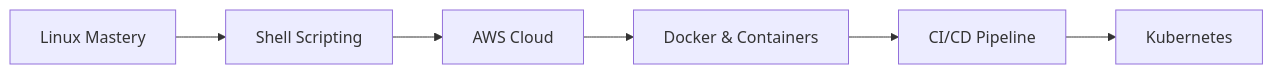
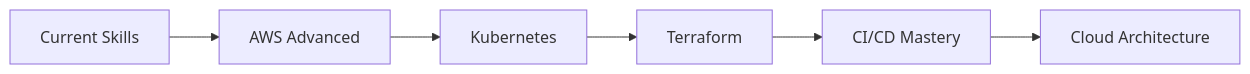
Before and after one commit to Rohitt-Rajj/Rohitt-Rajj: the second of 2 diagrams in README.md, drawn with Mermaid. The commit also changed other lines of this file, not shown here.

````diff
--- a/README.md
+++ b/README.md
@@ -159,8 +326,8 @@
 ```mermaid
 graph LR
-    A[Linux Mastery] --> B[Shell Scripting]
-    B --> C[AWS Cloud]
-    C --> D[Docker & Containers]
-    D --> E[CI/CD Pipeline]
-    E --> F[Kubernetes]
+    A[Current Skills] --> B[AWS Advanced];
+    B --> C[Kubernetes];
+    C --> D[Terraform];
+    D --> E[CI/CD Mastery];
+    E --> F[Cloud Architecture];
 ```
````
